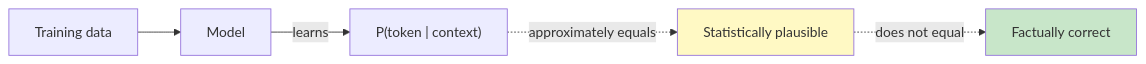
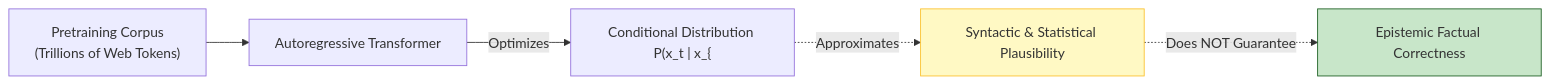
One commit to yingwang/thinking-in-llm changed the first of 7 diagrams in en/chapters/07-hallucination.md. Above: the diagram before and after it, drawn with Mermaid. The commit also changed other lines of this file and 31 other files, not shown here.

````diff
--- a/en/chapters/07-hallucination.md
+++ b/en/chapters/07-hallucination.md
@@ -57,10 +53,10 @@
 ```mermaid
 flowchart LR
-    Train["Training data"] --> Model
-    Model -->|learns| Pattern["P(token | context)"]
-    Pattern -.->|"approximately equals"| Plausible["Statistically plausible"]
-    Plausible -.->|"does not equal"| True["Factually correct"]
+    Corpus["Pretraining Corpus<br/>(Trillions of Web Tokens)"] --> Model["Autoregressive Transformer"]
+    Model -->|"Optimizes"| Dist["Conditional Distribution P(x_t | x_{<t})"]
+    Dist -.->|"Approximates"| Plausible["Syntactic & Statistical Plausibility"]
+    Plausible -.->|"Does NOT Guarantee"| True["Epistemic Factual Correctness"]
 
-    style Plausible fill:#fff9c4
-    style True fill:#c8e6c9
+    style Plausible fill:#fff9c4,stroke:#fbc02d
+    style True fill:#c8e6c9,stroke:#1b5e20
 ```
````
